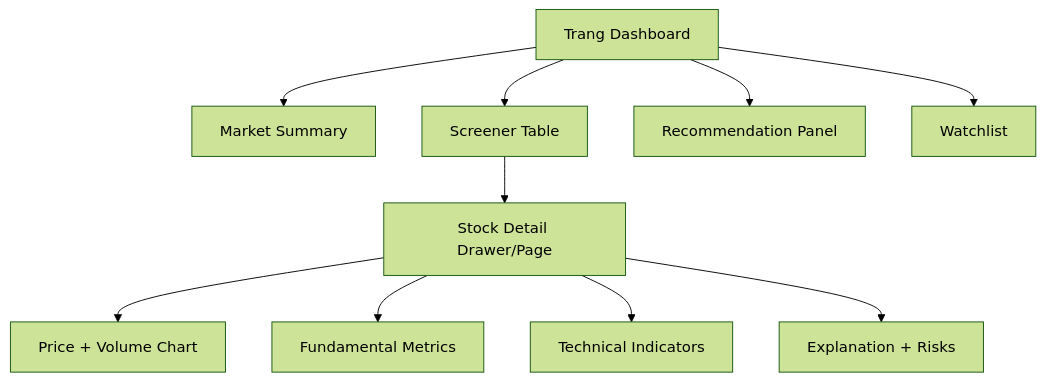
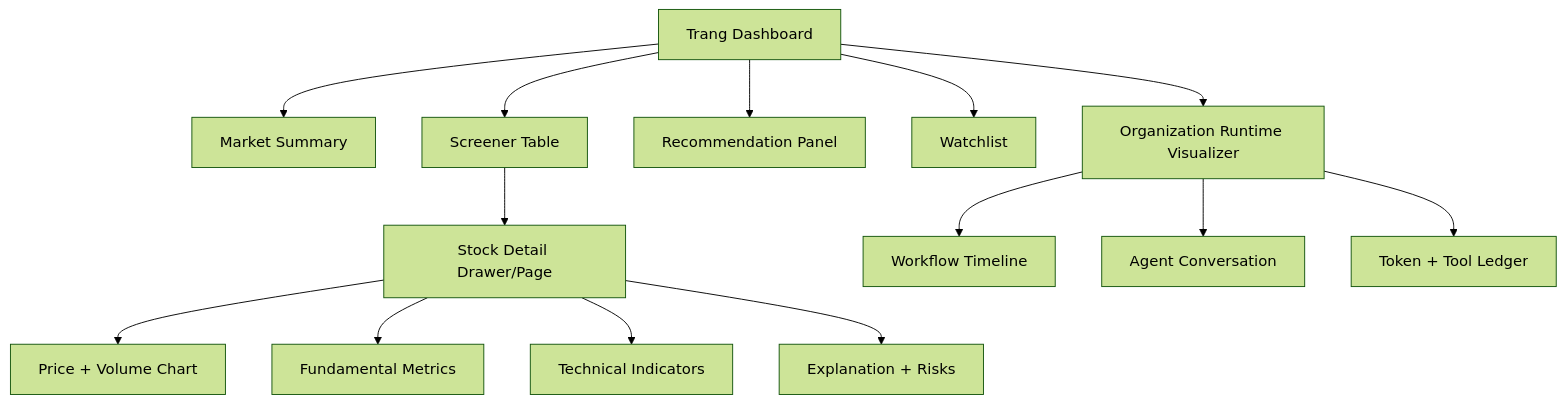
Before and after one commit to anhtnt90dev/vn-stock-insight: the sixth of 16 diagrams in docs/superpowers/specs/2026-06-07-vn-stock-insight-design.md, drawn with Mermaid (forest theme). The commit also changed other lines of this file, not shown here.

Commit message:
docs: add organization visualizer requirements

````diff
--- a/docs/superpowers/specs/2026-06-07-vn-stock-insight-design.md
+++ b/docs/superpowers/specs/2026-06-07-vn-stock-insight-design.md
@@ -257,12 +314,16 @@
 ```mermaid
 flowchart TD
   A["Trang Dashboard"] --> B["Market Summary"]
   A --> C["Screener Table"]
   A --> D["Recommendation Panel"]
   A --> E["Watchlist"]
   C --> F["Stock Detail Drawer/Page"]
   F --> G["Price + Volume Chart"]
   F --> H["Fundamental Metrics"]
   F --> I["Technical Indicators"]
   F --> J["Explanation + Risks"]
+  A --> K["Organization Runtime Visualizer"]
+  K --> L["Workflow Timeline"]
+  K --> M["Agent Conversation"]
+  K --> N["Token + Tool Ledger"]
 ```
````
